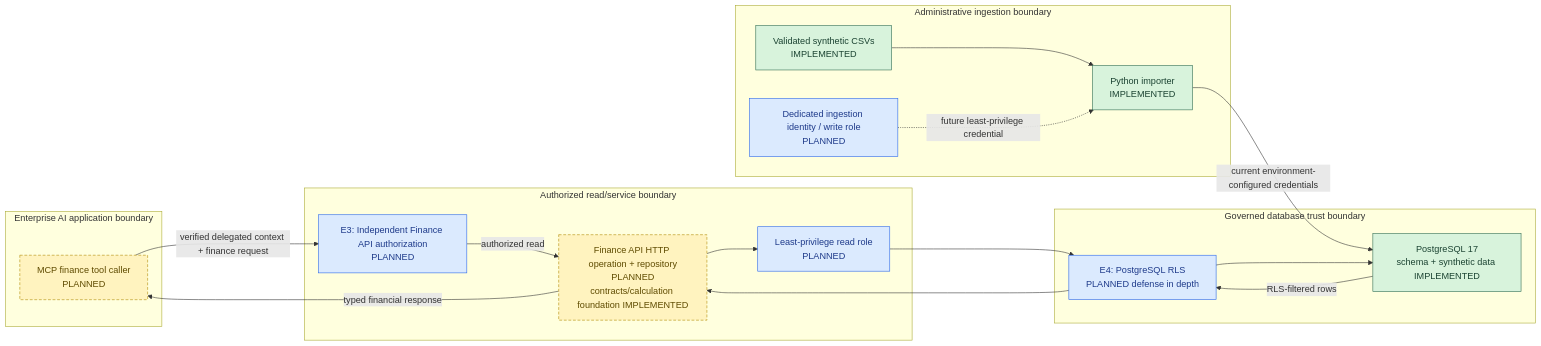
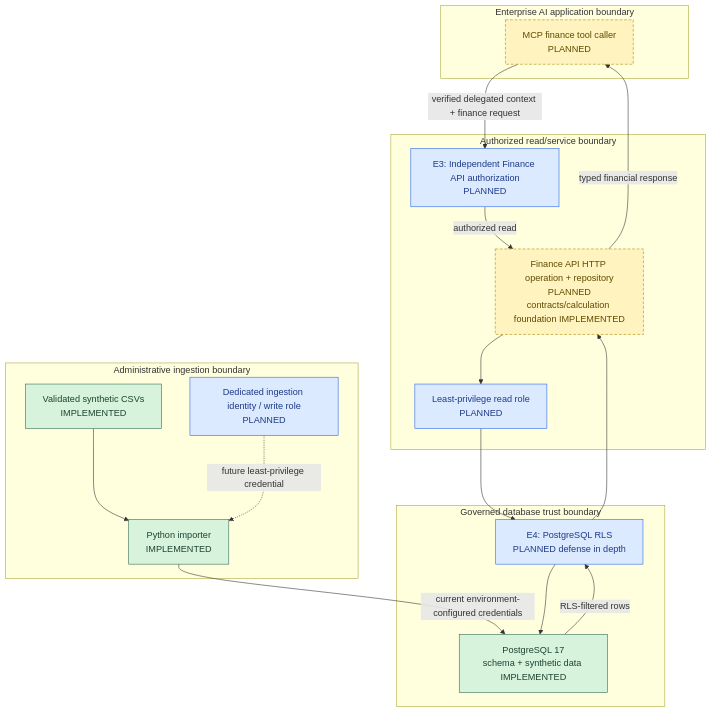
One commit to AmanpreetSingh-GitHub/Finance-Intelligence-And-Investigation-Platform changed the first of 3 diagrams in docs/02_Database_And_Financial_Data_Foundation.md. Above: the diagram before and after it, drawn with Mermaid. The commit also changed 2 other files, not shown here.

Commit message:
Finalize FIN-AI enterprise and capability architecture designs

````diff
--- a/docs/02_Database_And_Financial_Data_Foundation.md
+++ b/docs/02_Database_And_Financial_Data_Foundation.md
@@ -13,40 +13,40 @@
 ```mermaid
-flowchart LR
+flowchart TB
     classDef implemented fill:#d8f3dc,stroke:#2d6a4f,color:#1b4332
     classDef planned fill:#fff3bf,stroke:#b08900,color:#5f4b00,stroke-dasharray: 5 3
     classDef control fill:#dbeafe,stroke:#2563eb,color:#1e3a8a
 
     subgraph AI["Enterprise AI application boundary"]
         MCP["MCP finance tool caller\nPLANNED"]:::planned
     end
 
     subgraph READ["Authorized read/service boundary"]
         E3["E3: Independent Finance API authorization\nPLANNED"]:::control
         API["Finance API HTTP operation + repository\nPLANNED\ncontracts/calculation foundation IMPLEMENTED"]:::planned
         READROLE["Least-privilege read role\nPLANNED"]:::control
     end
 
     subgraph DB["Governed database trust boundary"]
         E4["E4: PostgreSQL RLS\nPLANNED defense in depth"]:::control
         PG["PostgreSQL 17\nschema + synthetic data IMPLEMENTED"]:::implemented
     end
 
     subgraph INGEST["Administrative ingestion boundary"]
         FILES["Validated synthetic CSVs\nIMPLEMENTED"]:::implemented
         IMPORTER["Python importer\nIMPLEMENTED"]:::implemented
         WRITEROLE["Dedicated ingestion identity / write role\nPLANNED"]:::control
     end
 
     MCP -->|"verified delegated context + finance request"| E3
     E3 -->|"authorized read"| API
     API --> READROLE
     READROLE --> E4
     E4 --> PG
     PG -->|"RLS-filtered rows"| E4
     E4 --> API
     API -->|"typed financial response"| MCP
 
     FILES --> IMPORTER
     IMPORTER -->|"current environment-configured credentials"| PG
     WRITEROLE -. "future least-privilege credential" .-> IMPORTER
 ```
````
